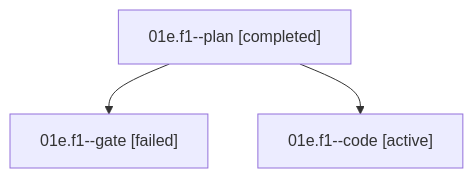
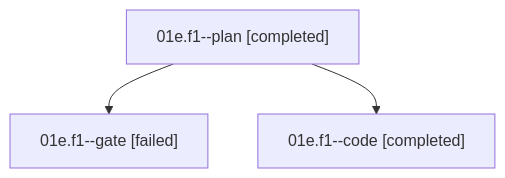
The diagram in sessions/bbugyi200.athena.01e.f1.md (bobs-org/bob-cli--agents), drawn with Mermaid before and after one commit. The commit also changed other lines of this file and 20 other files, not shown here.

````diff
--- a/sessions/bbugyi200.athena.01e.f1.md
+++ b/sessions/bbugyi200.athena.01e.f1.md
@@ -9,8 +9,8 @@
 ```mermaid
 flowchart TD
   n0["01e.f1--plan [completed]"]
   n1["01e.f1--gate [failed]"]
   n0 --> n1
-  n2["01e.f1--code [active]"]
+  n2["01e.f1--code [completed]"]
   n0 --> n2
 ```
````
